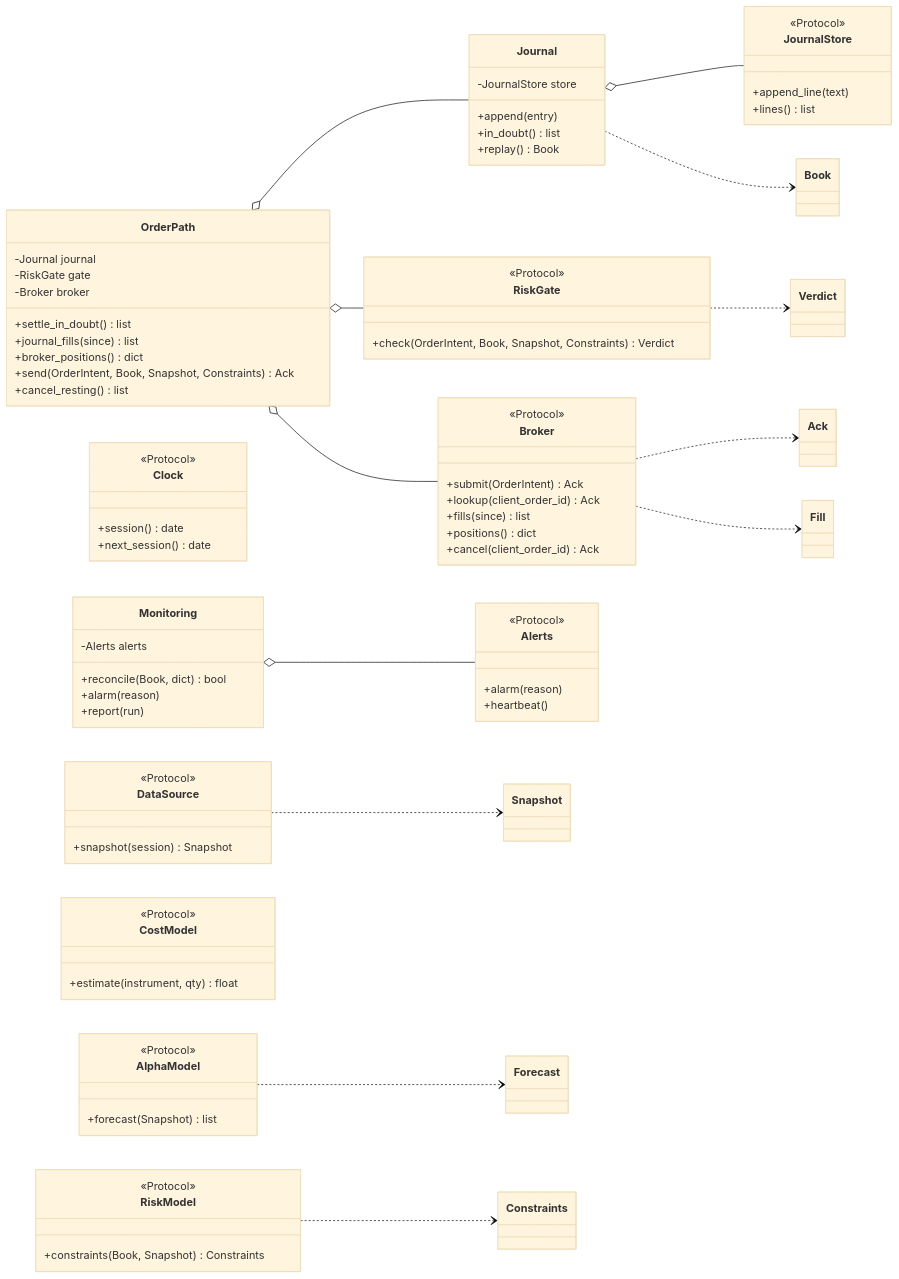
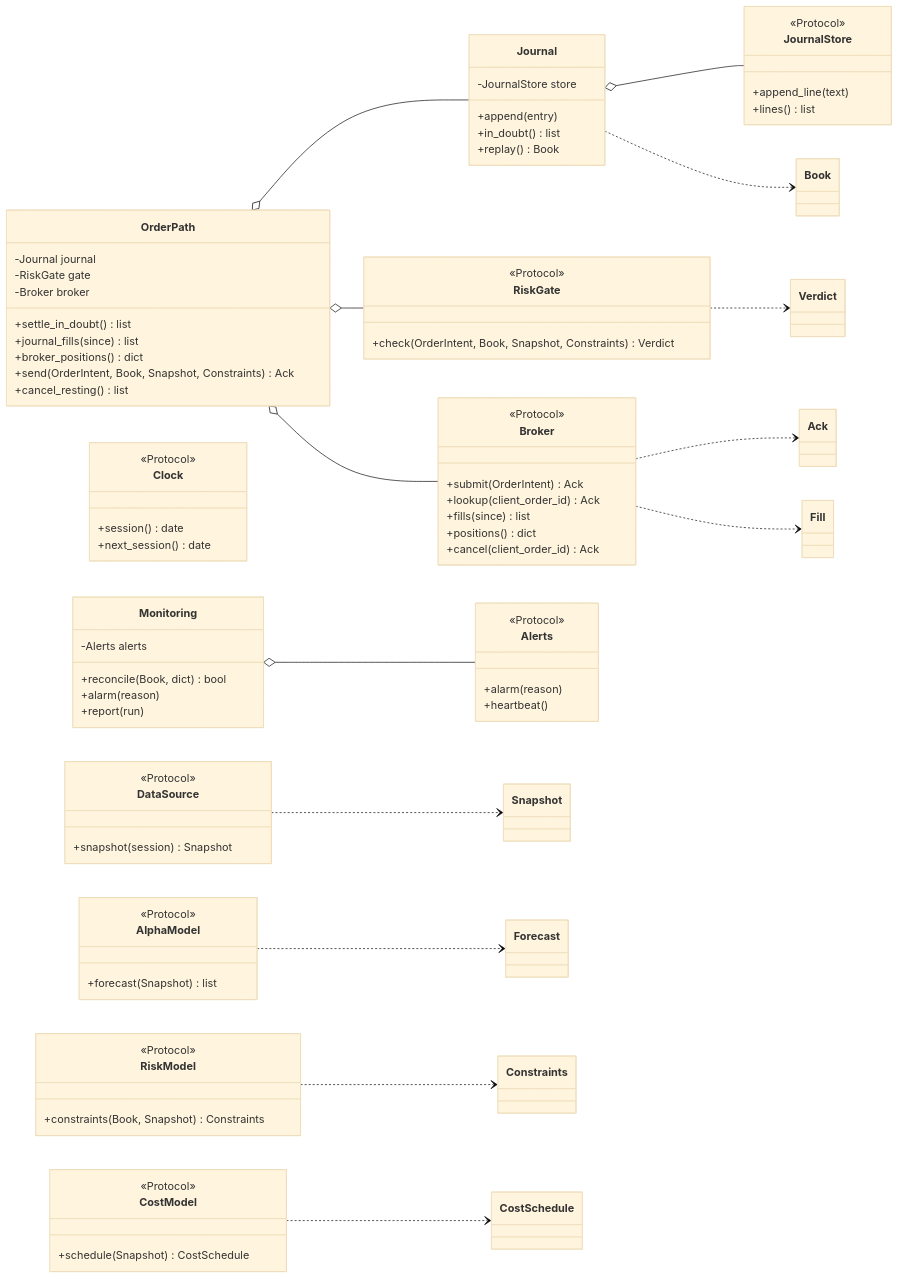
Before and after one commit to l3a0/ithildin-runtime: diagram 11 of 16 in docs/architecture.md, drawn with Mermaid (base theme). The commit also changed other lines of this file and 2 other files, not shown here.

First line of the commit message:
docs(architecture): run each module as its own worker, passing files

```diff
--- a/docs/architecture.md
+++ b/docs/architecture.md
@@ -790,7 +880,7 @@
     }
     class CostModel {
         <<Protocol>>
-        +estimate(instrument, qty) float
+        +schedule(Snapshot) CostSchedule
     }
     class RiskGate {
         <<Protocol>>
@@ -837,6 +927,7 @@
     DataSource ..> Snapshot
     AlphaModel ..> Forecast
     RiskModel ..> Constraints
+    CostModel ..> CostSchedule
     RiskGate ..> Verdict
     Broker ..> Ack
     Broker ..> Fill
```
